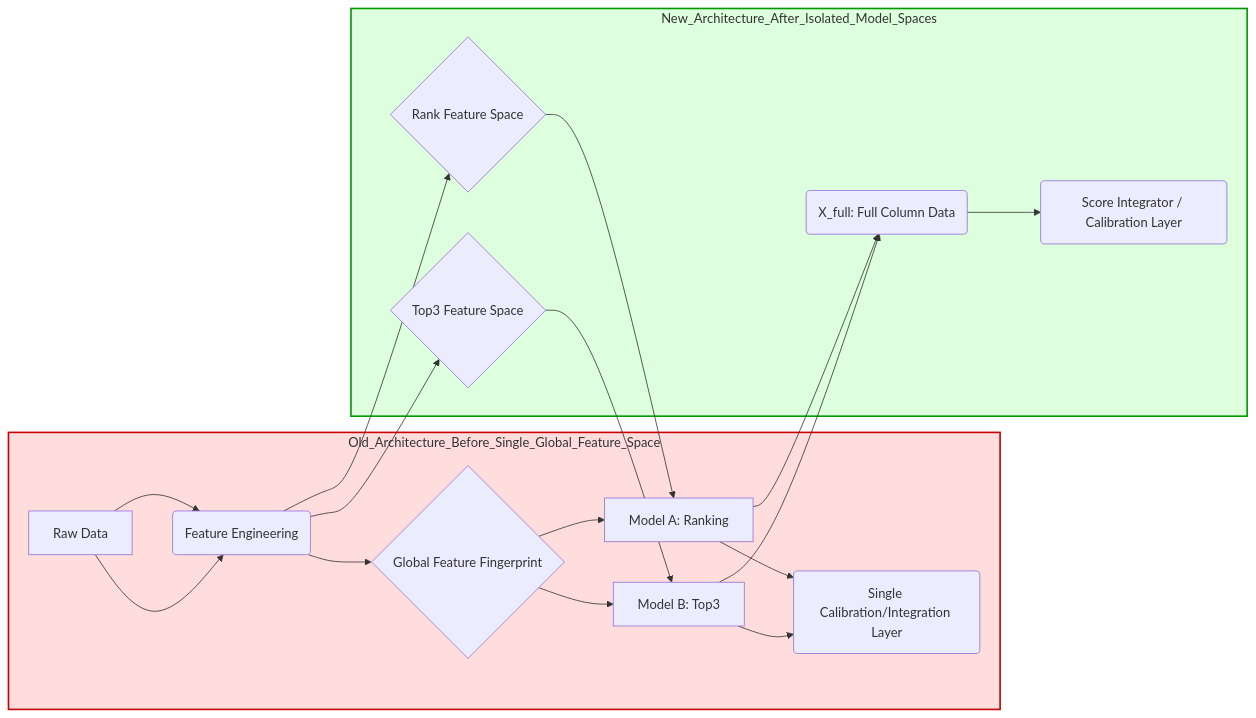
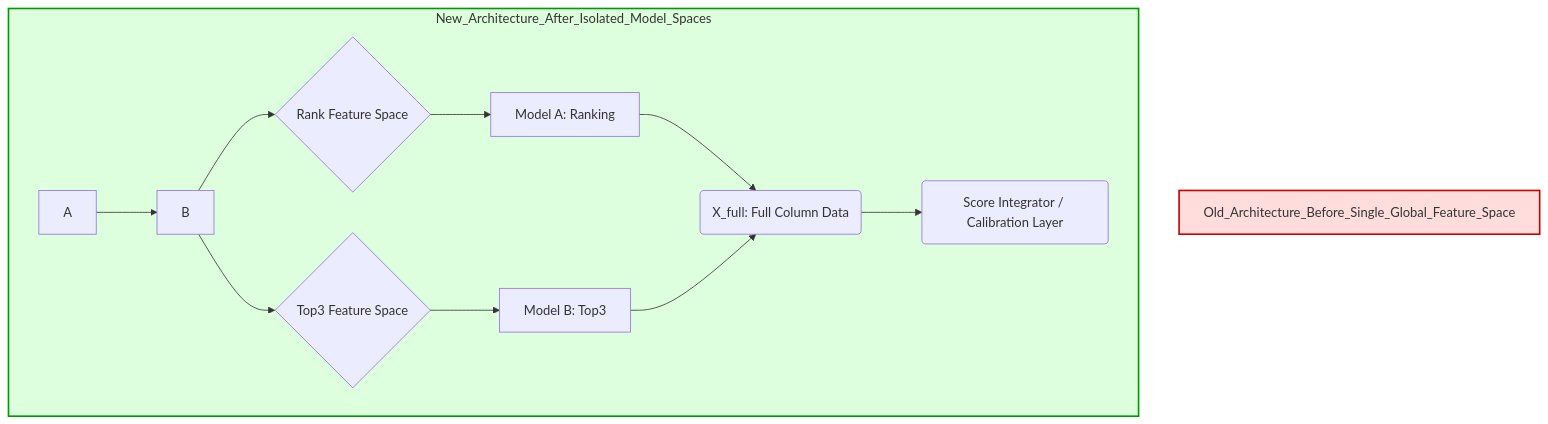
One commit to ca-too-alt/zenn-articles changed the second of 2 diagrams in articles/keiba-ai-24-top3-portfolio-and-feature-isolation.md. Above: the diagram before and after it, drawn with Mermaid. The commit also changed other lines of this file, not shown here.

````diff
--- a/articles/keiba-ai-24-top3-portfolio-and-feature-isolation.md
+++ b/articles/keiba-ai-24-top3-portfolio-and-feature-isolation.md
@@ -43,23 +57,15 @@
 ```mermaid
-graph LR
-    subgraph Old_Architecture_Before_Single_Global_Feature_Space
-        A[Raw Data] --> B(Feature Engineering);
-        B --> C{Global Feature Fingerprint};
-        C --> D1[Model A: Ranking];
-        C --> D2[Model B: Top3];
-        D1 & D2 --> E(Single Calibration/Integration Layer);
-    end
-
+graph TD
     subgraph New_Architecture_After_Isolated_Model_Spaces
         A --> B;
         B --> C_rank{Rank Feature Space};
         B --> C_top3{Top3 Feature Space};
         C_rank --> D1[Model A: Ranking];
         C_top3 --> D2[Model B: Top3];
         D1 & D2 --> E_full(X_full: Full Column Data);
         E_full --> F(Score Integrator / Calibration Layer);
     end
 
     style Old_Architecture_Before_Single_Global_Feature_Space fill:#fdd,stroke:#c00,stroke-width:2px
     style New_Architecture_After_Isolated_Model_Spaces fill:#dfd,stroke:#090,stroke-width:2px
 ```
````
